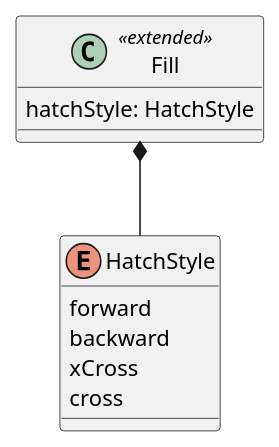
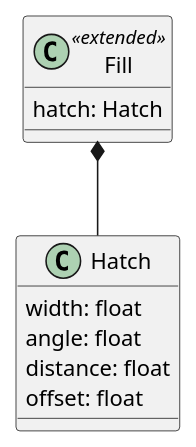
One commit to opengeospatial/styles-and-symbology changed the first of 2 diagrams in 1-core/sections/clause_12_advanced_fills.adoc. Above: the diagram before and after it, drawn with PlantUML. The commit also changed other lines of this file, not shown here.

Commit message:
Add hatch definitions

```diff
--- a/1-core/sections/clause_12_advanced_fills.adoc
+++ b/1-core/sections/clause_12_advanced_fills.adoc
@@ -11,12 +9,11 @@
 [plantuml, target=diagram-classes, format=png]
 ....
 class Fill <<extended>>
-Fill : hatchStyle: HatchStyle
-Fill *-- HatchStyle
+Fill : hatch: Hatch
+Fill *-- Hatch
 
-enum HatchStyle
-HatchStyle : forward
-HatchStyle : backward
-HatchStyle : xCross
-HatchStyle : cross
+Hatch : width: float
+Hatch : angle: float
+Hatch : distance: float
+Hatch : offset: float
 ....
```
